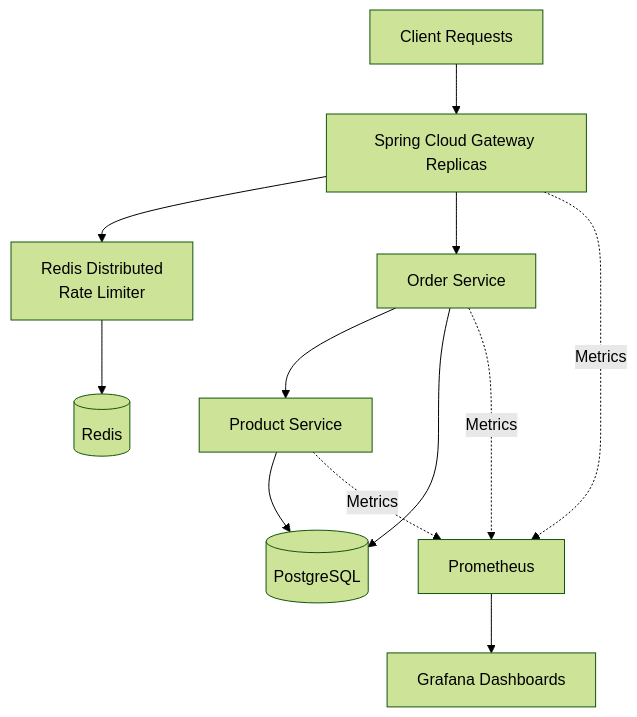
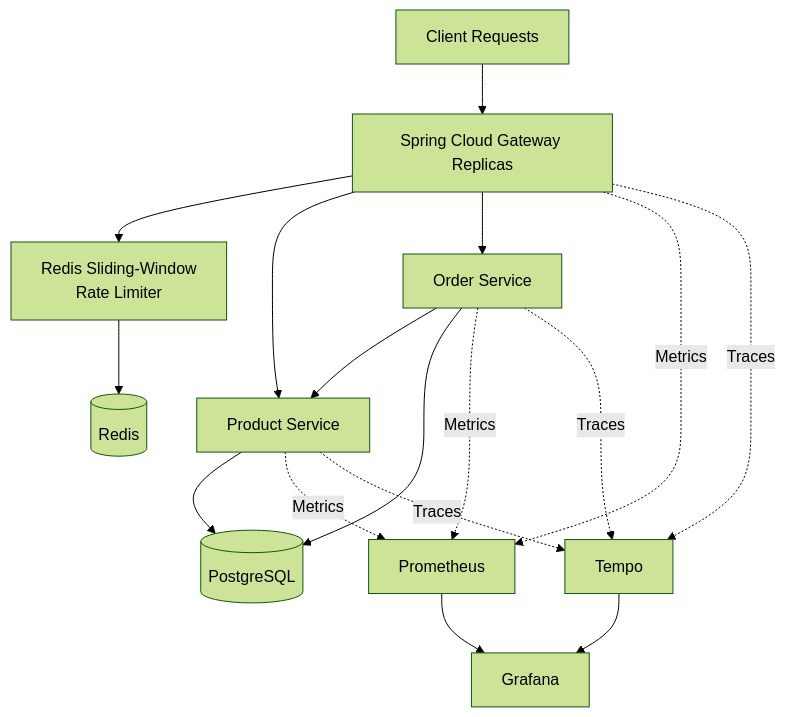
One commit to siddhesh-bahurupi/distributed-backend-system changed the diagram in README.md. Above: the diagram before and after it, drawn with Mermaid (forest theme). The commit also changed other lines of this file, not shown here.

````diff
--- a/README.md
+++ b/README.md
@@ -16,22 +9,27 @@
 ```mermaid
 graph TD
     Client[Client Requests]
 
     Client --> Gateway[Spring Cloud Gateway Replicas]
+    Gateway --> RL[Redis Sliding-Window<br/>Rate Limiter]
 
-    Gateway --> RL[Redis Distributed<br/>Rate Limiter]
-
+    Gateway --> ProductService[Product Service]
     Gateway --> OrderService[Order Service]
-    OrderService --> ProductService[Product Service]
+    OrderService --> ProductService
 
     ProductService --> Postgres[(PostgreSQL)]
     OrderService --> Postgres
 
     RL --> Redis[(Redis)]
 
     Gateway -. Metrics .-> Prometheus[Prometheus]
+    ProductService -. Metrics .-> Prometheus
     OrderService -. Metrics .-> Prometheus
-    ProductService -. Metrics .-> Prometheus
 
-    Prometheus --> Grafana[Grafana Dashboards]
+    Gateway -. Traces .-> Tempo[Tempo]
+    ProductService -. Traces .-> Tempo
+    OrderService -. Traces .-> Tempo
+
+    Prometheus --> Grafana[Grafana]
+    Tempo --> Grafana
 ```
````
